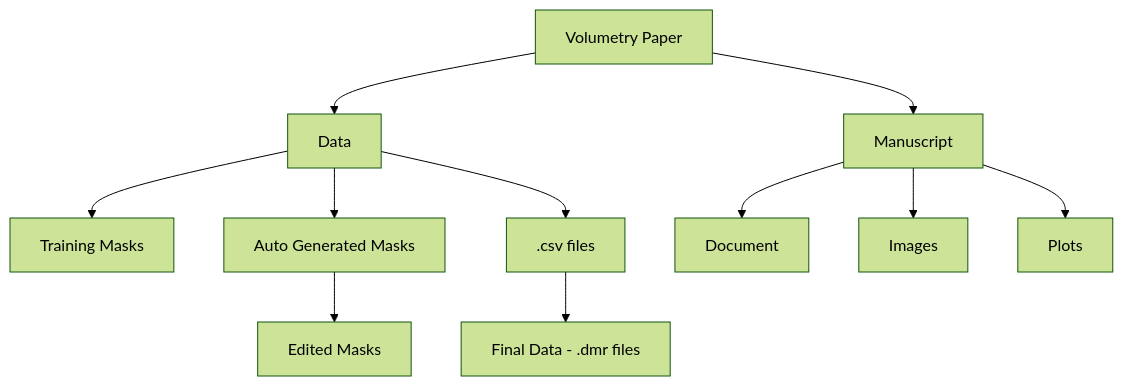
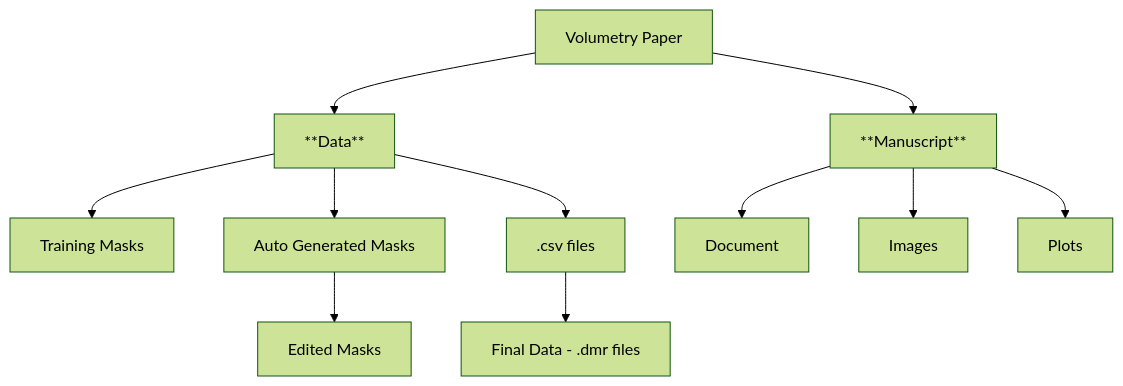
Before and after one commit to JoaoPeriquito/Volumetric-Paper: the diagram in README.md, drawn with Mermaid (forest theme).

````diff
--- a/README.md
+++ b/README.md
@@ -84,15 +84,15 @@
 ```mermaid
 flowchart TD
     A[Volumetry Paper]
-    A --> B[Data]
+    A --> B[**Data**]
     B --> B1[Training Masks]
     B --> B2[Auto Generated Masks]
     B2 --> B21[Edited Masks]
     B --> B3[.csv files]
     B3 --> B31[Final Data - .dmr files]
-    A --> C[Manuscript]
+    A --> C[**Manuscript**]
     C --> C1[Document]
     C --> C2[Images]
     C --> C3[Plots]
 
 ```
````
